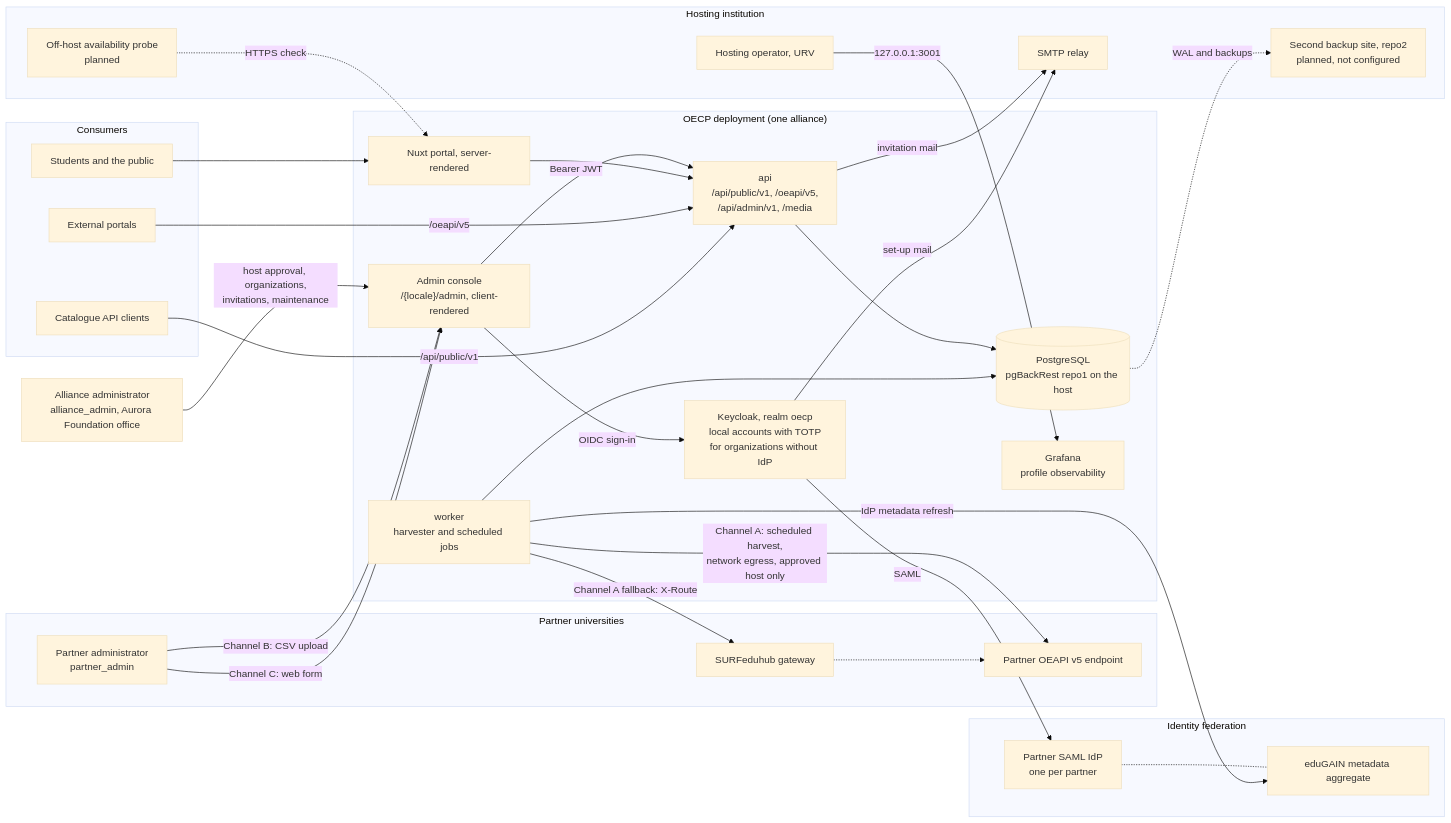
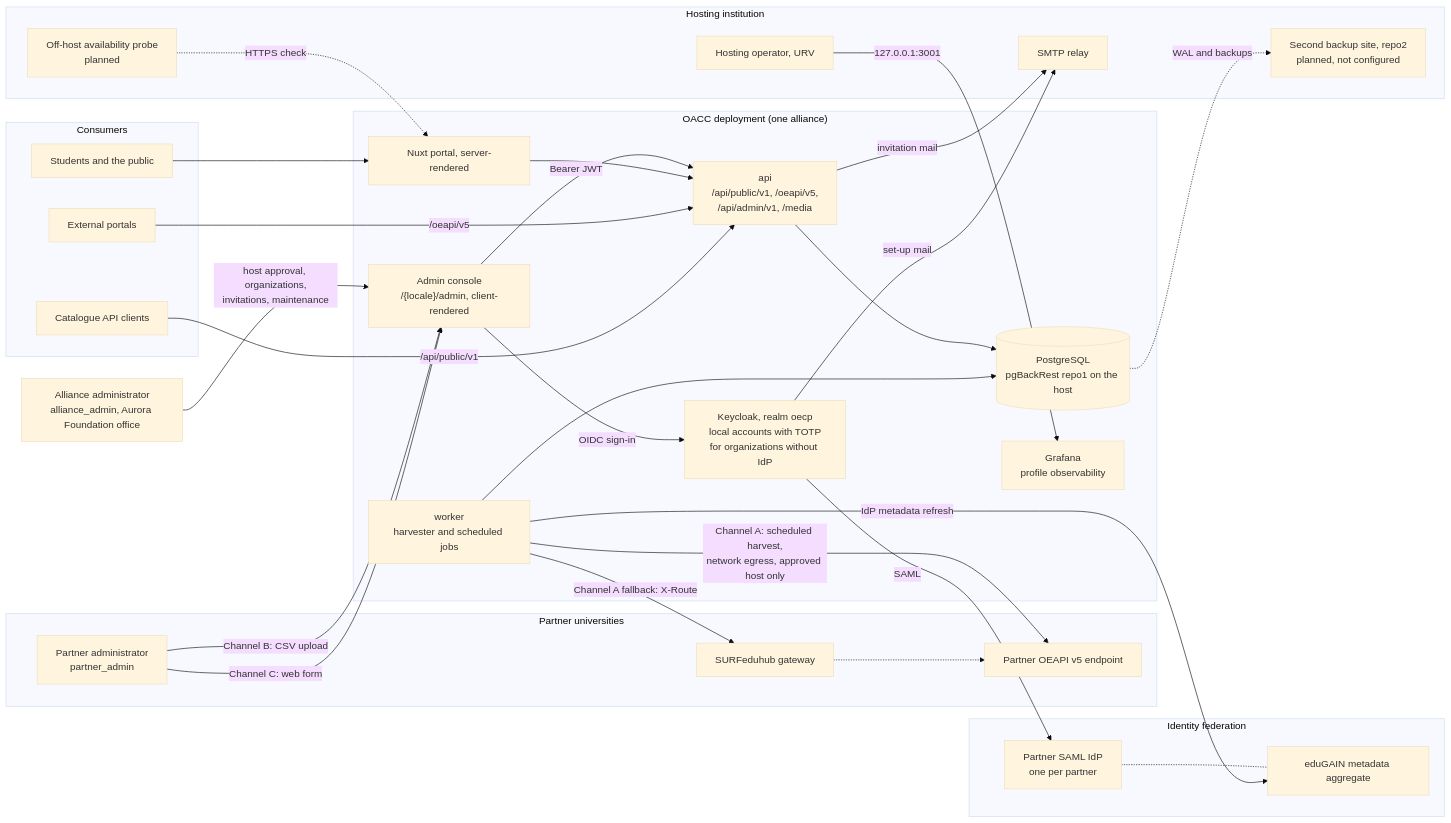
One commit to LAArino/OACC changed the first of 4 diagrams in docs/architecture.md. Above: the diagram before and after it, drawn with Mermaid (base theme). The commit also changed other lines of this file and 111 other files, not shown here.

First line of the commit message:
chore: rename the product to Open Alliance Course Catalogue (OACC) (decision 30)

````diff
--- a/docs/architecture.md
+++ b/docs/architecture.md
@@ -12,56 +12,56 @@
 ```mermaid
 flowchart LR
   aadm["Alliance administrator<br/>alliance_admin, Aurora Foundation office"]
   subgraph partners["Partner universities"]
     padm["Partner administrator<br/>partner_admin"]
     ep["Partner OEAPI v5 endpoint"]
     surf["SURFeduhub gateway"]
   end
-  subgraph oecp["OECP deployment (one alliance)"]
+  subgraph oecp["OACC deployment (one alliance)"]
     console["Admin console<br/>/{locale}/admin, client-rendered"]
     portal["Nuxt portal, server-rendered"]
     api["api<br/>/api/public/v1, /oeapi/v5,<br/>/api/admin/v1, /media"]
     worker["worker<br/>harvester and scheduled jobs"]
     kc["Keycloak, realm oecp<br/>local accounts with TOTP<br/>for organizations without IdP"]
     db[("PostgreSQL<br/>pgBackRest repo1 on the host")]
     grafana["Grafana<br/>profile observability"]
   end
   subgraph fed["Identity federation"]
     edugain["eduGAIN metadata aggregate"]
     pidp["Partner SAML IdP<br/>one per partner"]
   end
   subgraph consumers["Consumers"]
     students["Students and the public"]
     portals["External portals"]
     clients["Catalogue API clients"]
   end
   subgraph hosting["Hosting institution"]
     hop["Hosting operator, URV"]
     smtp["SMTP relay"]
     repo2["Second backup site, repo2<br/>planned, not configured"]
     probe["Off-host availability probe<br/>planned"]
   end
 
   worker -- "Channel A: scheduled harvest,<br/>network egress, approved host only" --> ep
   worker -- "Channel A fallback: X-Route" --> surf
   surf -.-> ep
   padm -- "Channel B: CSV upload" --> console
   padm -- "Channel C: web form" --> console
   aadm -- "host approval, organizations,<br/>invitations, maintenance" --> console
   console -- "Bearer JWT" --> api
   console -- "OIDC sign-in" --> kc
   kc -- "SAML" --> pidp
   pidp -.- edugain
   worker -- "IdP metadata refresh" --> edugain
   students --> portal
   portal --> api
   portals -- "/oeapi/v5" --> api
   clients -- "/api/public/v1" --> api
   api --> db
   worker --> db
   api -- "invitation mail" --> smtp
   kc -- "set-up mail" --> smtp
   db -. "WAL and backups" .-> repo2
   probe -. "HTTPS check" .-> portal
   hop -- "127.0.0.1:3001" --> grafana
 ```
````
